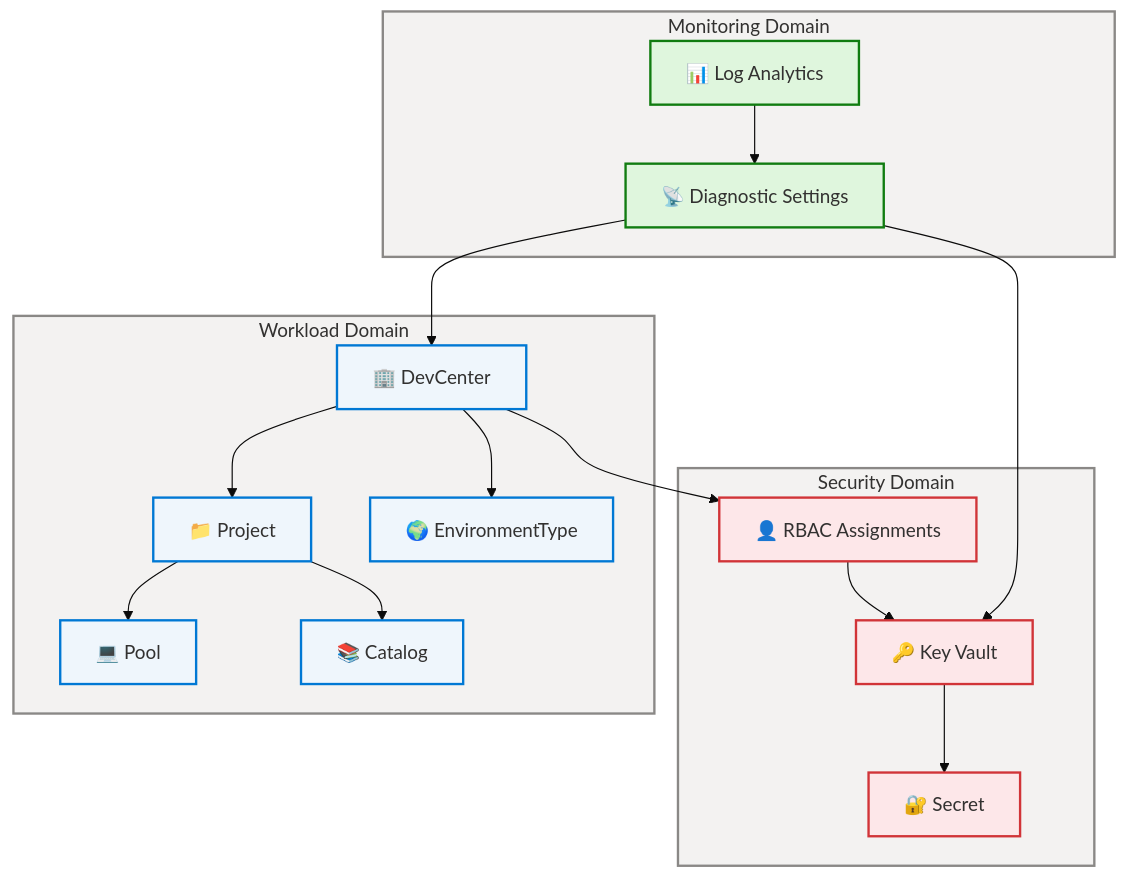
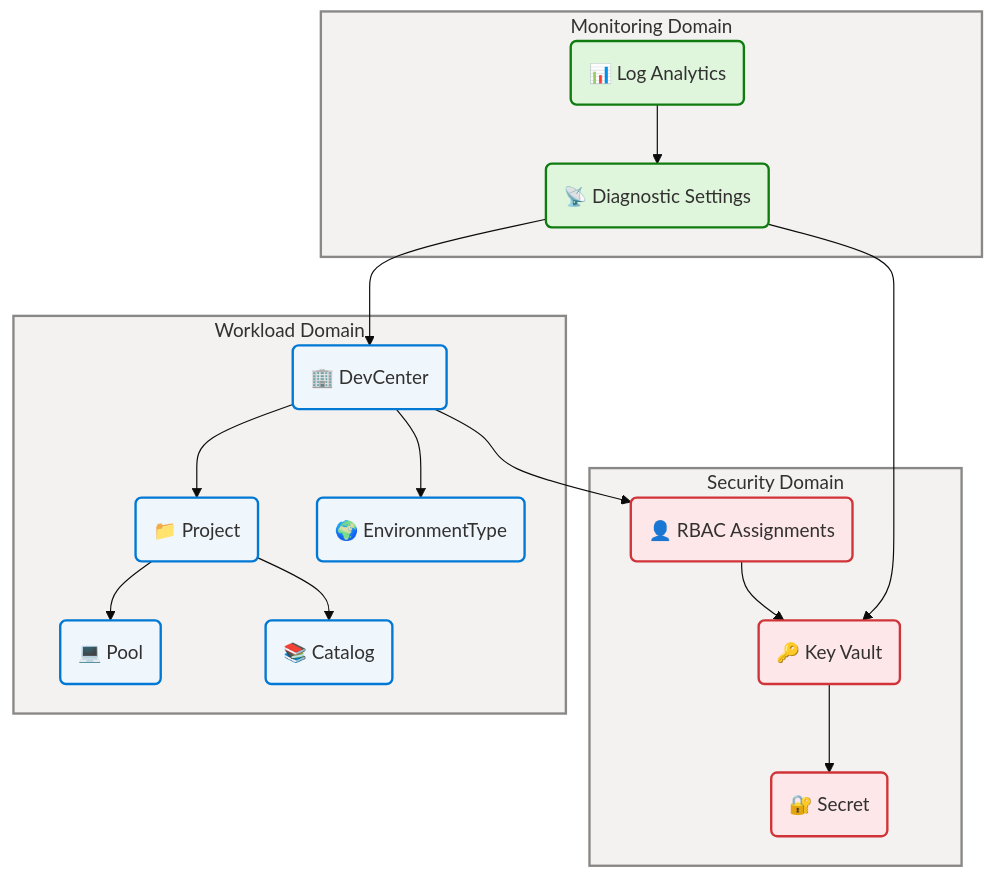
Before and after one commit to Evilazaro/DevExp-DevBox: the first of 14 diagrams in docs/architecture/data-architecture.md, drawn with Mermaid. The commit also changed other lines of this file, not shown here.

Commit message:
feat: refactor class definitions in data architecture diagrams for consistency

````diff
--- a/docs/architecture/data-architecture.md
+++ b/docs/architecture/data-architecture.md
@@ -203,62 +203,62 @@
 ```mermaid
 ---
 config:
   theme: base
   look: classic
   layout: dagre
   themeVariables:
     fontSize: "16px"
 ---
 flowchart TD
     accTitle: DevExp-DevBox Data Domain Map
     accDescr: Shows the three primary data domains (Workload, Security, Monitoring) and their constituent data entities
 
     %% ═══════════════════════════════════════════════════════════════════════════
     %% AZURE / FLUENT ARCHITECTURE PATTERN v1.1
     %% (Semantic + Structural + Font + Accessibility Governance)
     %% ═══════════════════════════════════════════════════════════════════════════
     %% PHASE 1 - FLUENT UI: All styling uses approved Fluent UI palette only
     %% PHASE 2 - GROUPS: Every subgraph has semantic color via style directive
     %% PHASE 3 - COMPONENTS: Every node has semantic classDef + icon prefix
     %% PHASE 4 - ACCESSIBILITY: accTitle/accDescr present, WCAG AA contrast
     %% PHASE 5 - STANDARD: Governance block present, classDefs centralized
     %% ═══════════════════════════════════════════════════════════════════════════
 
-    classDef core fill:#EFF6FC,stroke:#0078D4,stroke-width:2px,color:#323130
-    classDef data fill:#F0E6FA,stroke:#8764B8,stroke-width:2px,color:#323130
-    classDef success fill:#DFF6DD,stroke:#107C10,stroke-width:2px,color:#323130
-    classDef danger fill:#FDE7E9,stroke:#D13438,stroke-width:2px,color:#323130
-
     subgraph WorkloadDomain["Workload Domain"]
-        DC["🏢 DevCenter"]:::core
-        PROJ["📁 Project"]:::core
-        POOL["💻 Pool"]:::core
-        CAT["📚 Catalog"]:::core
-        ENV["🌍 EnvironmentType"]:::core
+        DC("🏢 DevCenter"):::core
+        PROJ("📁 Project"):::core
+        POOL("💻 Pool"):::core
+        CAT("📚 Catalog"):::core
+        ENV("🌍 EnvironmentType"):::core
     end
     style WorkloadDomain fill:#F3F2F1,stroke:#8A8886,stroke-width:2px,color:#323130
 
     subgraph SecurityDomain["Security Domain"]
-        KV["🔑 Key Vault"]:::danger
-        SEC["🔐 Secret"]:::danger
-        RBAC["👤 RBAC Assignments"]:::danger
+        KV("🔑 Key Vault"):::danger
+        SEC("🔐 Secret"):::danger
+        RBAC("👤 RBAC Assignments"):::danger
     end
     style SecurityDomain fill:#F3F2F1,stroke:#8A8886,stroke-width:2px,color:#323130
 
     subgraph MonitoringDomain["Monitoring Domain"]
-        LA["📊 Log Analytics"]:::success
-        DIAG["📡 Diagnostic Settings"]:::success
+        LA("📊 Log Analytics"):::success
+        DIAG("📡 Diagnostic Settings"):::success
     end
     style MonitoringDomain fill:#F3F2F1,stroke:#8A8886,stroke-width:2px,color:#323130
 
     DC --> PROJ
     PROJ --> POOL
     PROJ --> CAT
     DC --> ENV
     DC --> RBAC
     KV --> SEC
     RBAC --> KV
     LA --> DIAG
     DIAG --> DC
     DIAG --> KV
+
+    classDef core fill:#EFF6FC,stroke:#0078D4,stroke-width:2px,color:#323130
+    classDef data fill:#F0E6FA,stroke:#8764B8,stroke-width:2px,color:#323130
+    classDef success fill:#DFF6DD,stroke:#107C10,stroke-width:2px,color:#323130
+    classDef danger fill:#FDE7E9,stroke:#D13438,stroke-width:2px,color:#323130
 ```
````
